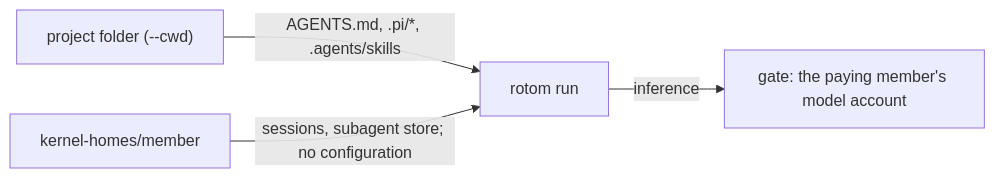
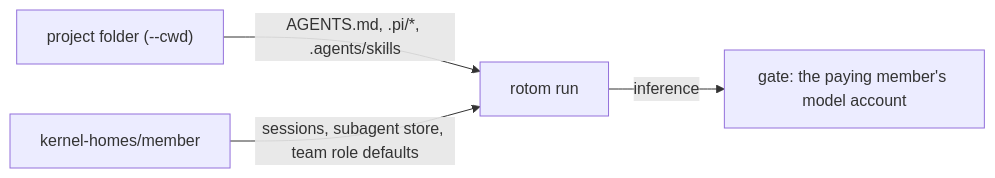
The first of 2 diagrams in docs/CONFIGURATION.md (bingjiang0611/rotom-team), drawn with Mermaid before and after one commit. The commit also changed other lines of this file and 4 other files, not shown here.

Commit message:
fix: disable unsupported subagent roles by default for team

````diff
--- a/docs/CONFIGURATION.md
+++ b/docs/CONFIGURATION.md
@@ -7,6 +7,6 @@
 ```mermaid
 flowchart LR
     P["project folder (--cwd)"] -- AGENTS.md, .pi/*, .agents/skills --> R[rotom run]
-    H["kernel-homes/member"] -- sessions, subagent store; no configuration --> R
+    H["kernel-homes/member"] -- sessions, subagent store, team role defaults --> R
     R -- inference --> G[gate: the paying member's model account]
 ```
````
